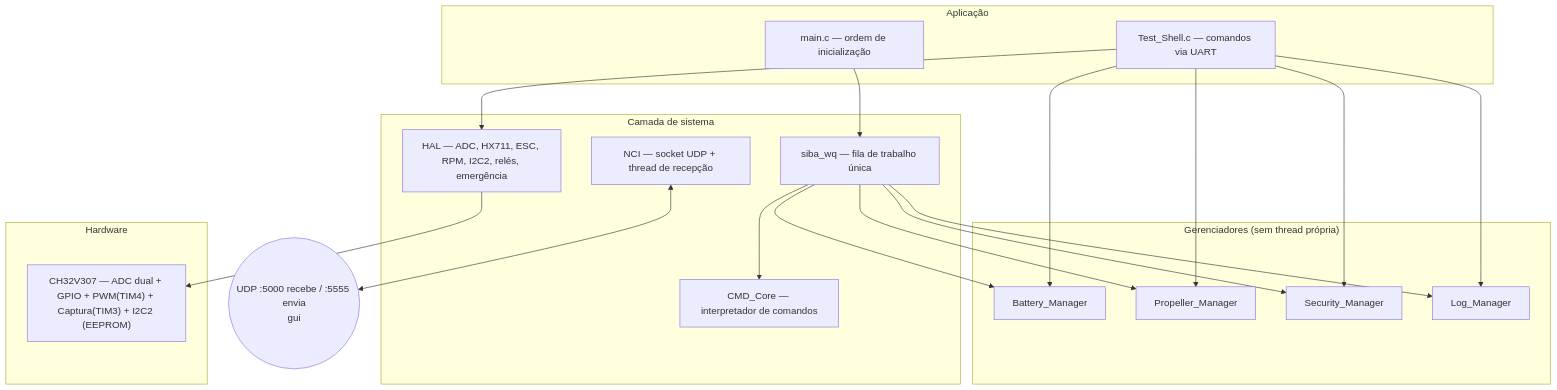
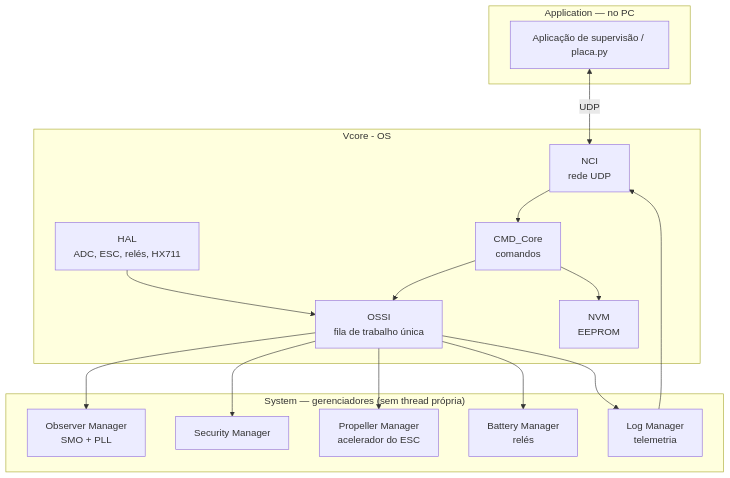
Before and after one commit to vitordallolivo/TCC: the first of 3 diagrams in firmware/README.md, drawn with Mermaid. The commit also changed other lines of this file and 2 other files, not shown here.

````diff
--- a/firmware/README.md
+++ b/firmware/README.md
@@ -304,28 +54,26 @@
 ```mermaid
 flowchart TD
-    subgraph APP["Aplicação"]
-        main["main.c — ordem de inicialização"]
-        shell["Test_Shell.c — comandos via UART"]
+    subgraph APP["Application — no PC"]
+        GUI["Aplicação de supervisão / placa.py"]
     end
-    subgraph SYS["Gerenciadores (sem thread própria)"]
-        Batt["Battery_Manager"]
-        Prop["Propeller_Manager"]
-        Sec["Security_Manager"]
-        Logm["Log_Manager"]
+    subgraph SYS["System — gerenciadores (sem thread própria)"]
+        Obs["Observer Manager<br/>SMO + PLL"]
+        Sec["Security Manager"]
+        Prop["Propeller Manager<br/>acelerador do ESC"]
+        Bat["Battery Manager<br/>relés"]
+        Log["Log Manager<br/>telemetria"]
     end
-    subgraph OS["Camada de sistema"]
-        OSSI["siba_wq — fila de trabalho única"]
-        NCI["NCI — socket UDP + thread de recepção"]
-        HAL["HAL — ADC, HX711, ESC, RPM, I2C2, relés, emergência"]
-        CMDCore["CMD_Core — interpretador de comandos"]
+    subgraph OS["Vcore - OS"]
+        OSSI["OSSI<br/>fila de trabalho única"]
+        NCI["NCI<br/>rede UDP"]
+        HAL["HAL<br/>ADC, ESC, relés, HX711"]
+        CMD["CMD_Core<br/>comandos"]
+        NVM["NVM<br/>EEPROM"]
     end
-    subgraph HW["Hardware"]
-        MCU["CH32V307 — ADC dual + GPIO + PWM(TIM4) + Captura(TIM3) + I2C2 (EEPROM)"]
-    end
-
-    main --> OSSI
-    shell --> Batt & Prop & Sec & Logm & HAL
-    OSSI --> Batt & Prop & Sec & Logm & CMDCore
-    HAL --> MCU
-    NCI <--> UDP(("UDP :5000 recebe / :5555 envia<br/>gui"))
+    GUI <-->|UDP| NCI
+    NCI --> CMD --> OSSI
+    HAL --> OSSI
+    OSSI --> Obs & Sec & Prop & Bat & Log
+    Log --> NCI
+    CMD --> NVM
 ```
````
